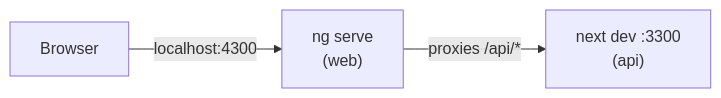
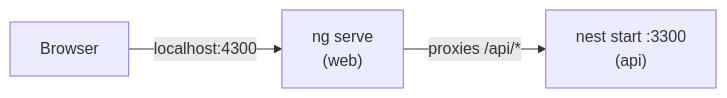
Before and after one commit to stepan-omelka/portfolio: the second of 2 diagrams in ARCHITECTURE.md, drawn with Mermaid. The commit also changed other lines of this file and 13 other files, not shown here.

Commit message:
docs: describe the NestJS API and how Vercel serves it

````diff
--- a/ARCHITECTURE.md
+++ b/ARCHITECTURE.md
@@ -45,5 +48,5 @@
 ```mermaid
 graph LR
   B["Browser"] -->|"localhost:4300"| NG["ng serve<br/>(web)"]
-  NG -->|"proxies /api/*"| NX["next dev :3300<br/>(api)"]
+  NG -->|"proxies /api/*"| NX["nest start :3300<br/>(api)"]
 ```
````
